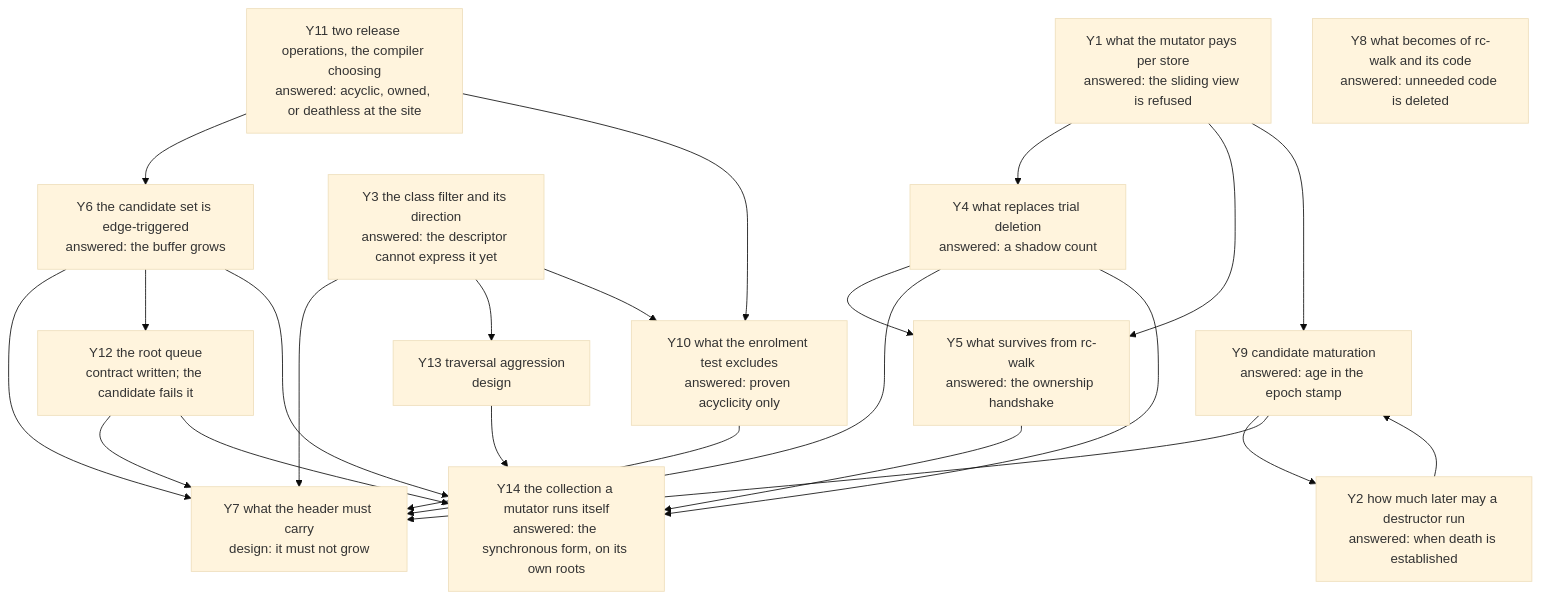
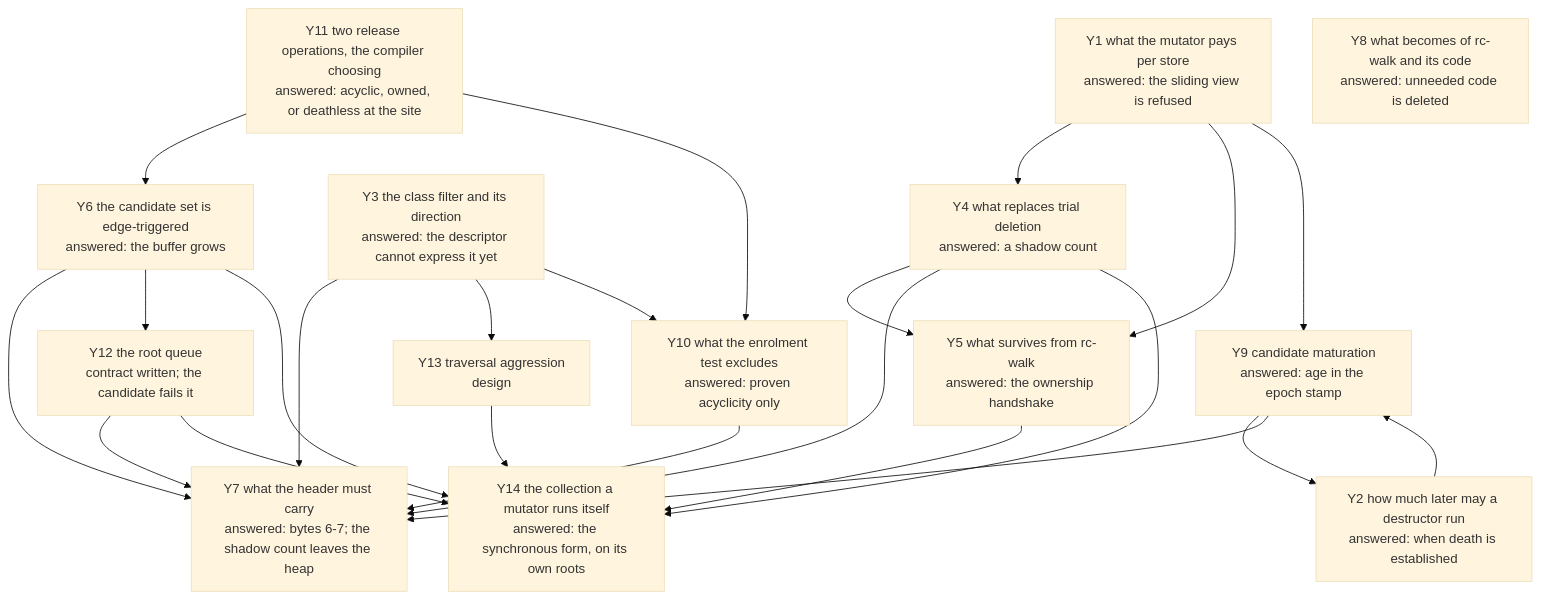
Before and after one commit to limelight-lang/rfc: the diagram in model/gc/cycle/questions.md, drawn with Mermaid (base theme). The commit also changed other lines of this file and 2 other files, not shown here.

Commit message:
model: the header's bytes 6-7 carry the collector's field, and the shadow count leaves the heap

````diff
--- a/model/gc/cycle/questions.md
+++ b/model/gc/cycle/questions.md
@@ -15,21 +15,21 @@
 ```mermaid
 flowchart TD
     Y1[Y1 what the mutator pays per store<br/>answered: the sliding view is refused] --> Y4 & Y5 & Y9
     Y2[Y2 how much later may a destructor run<br/>answered: when death is established] --> Y9
     Y3[Y3 the class filter and its direction<br/>answered: the descriptor cannot express it yet] --> Y7 & Y13
     Y4[Y4 what replaces trial deletion<br/>answered: a shadow count] --> Y5 & Y7
     Y9[Y9 candidate maturation<br/>answered: age in the epoch stamp] --> Y2 & Y7
     Y10[Y10 what the enrolment test excludes<br/>answered: proven acyclicity only] --> Y7
     Y11[Y11 two release operations, the compiler choosing<br/>answered: acyclic, owned, or deathless at the site] --> Y6 & Y10
     Y3 --> Y10
     Y5[Y5 what survives from rc-walk<br/>answered: the ownership handshake]
     Y6[Y6 the candidate set is edge-triggered<br/>answered: the buffer grows] --> Y7 & Y12
-    Y7[Y7 what the header must carry<br/>design: it must not grow]
+    Y7[Y7 what the header must carry<br/>answered: bytes 6-7; the shadow count leaves the heap]
     Y8[Y8 what becomes of rc-walk and its code<br/>answered: unneeded code is deleted]
     Y12[Y12 the root queue<br/>contract written; the candidate fails it] --> Y7 & Y14
     Y13[Y13 traversal aggression<br/>design] --> Y14
     Y4 --> Y14
     Y5 --> Y14
     Y6 --> Y14
     Y14[Y14 the collection a mutator runs itself<br/>answered: the synchronous form, on its own roots]
 ```
````
